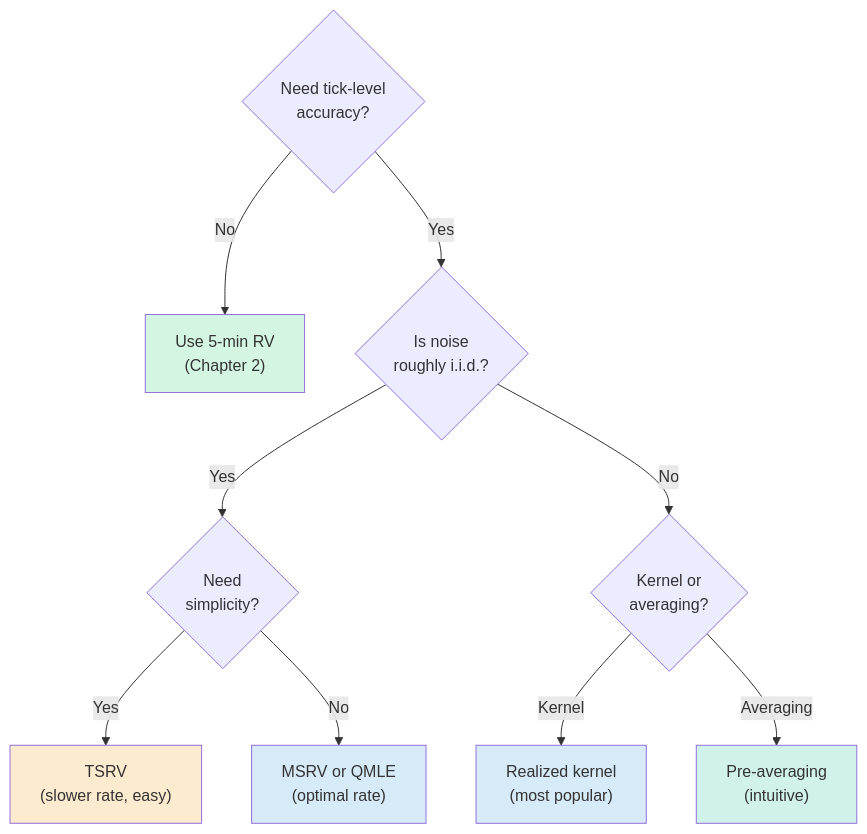
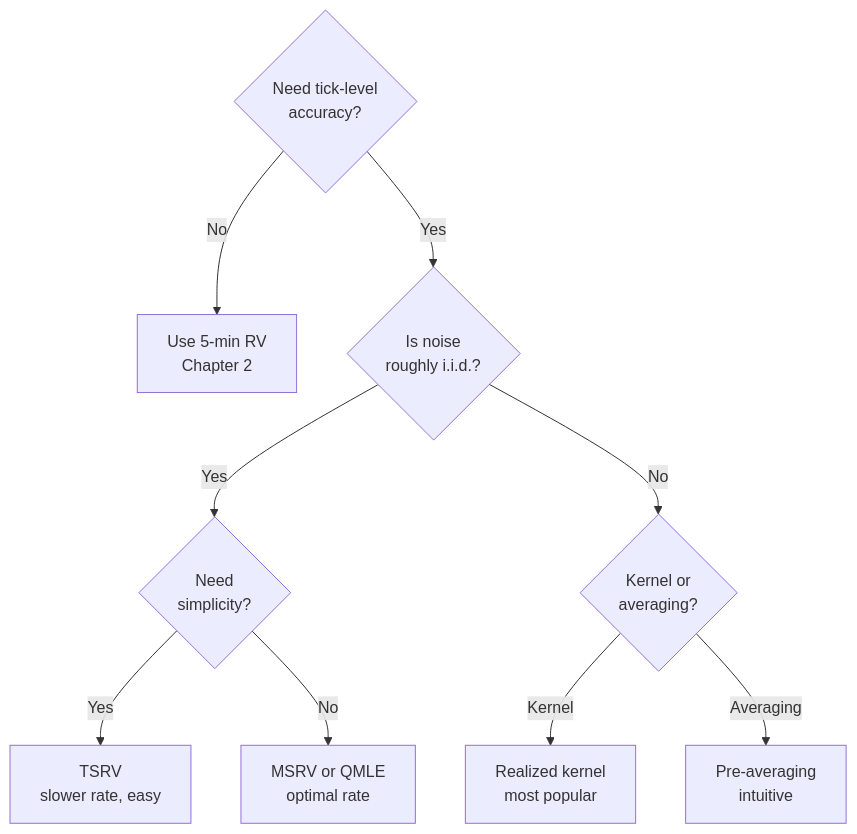
The diagram in vol-learning-guide/markdown/ch03-microstructure-noise.md (xRyann2255/ML-GS), drawn with Mermaid before and after one commit. The commit also changed other lines of this file and 19 other files, not shown here.

````diff
--- a/vol-learning-guide/markdown/ch03-microstructure-noise.md
+++ b/vol-learning-guide/markdown/ch03-microstructure-noise.md
@@ -441,27 +345,12 @@
 ```mermaid
 flowchart TD
-    q1{"Need tick-level<br/>accuracy?"}
-    fivemin["Use 5-min RV<br/>(Chapter 2)"]
-    q2{"Is noise<br/>roughly i.i.d.?"}
-    q3{"Need<br/>simplicity?"}
-    q4{"Kernel or<br/>averaging?"}
-    tsrv["TSRV<br/>(slower rate, easy)"]
-    msrv["MSRV or QMLE<br/>(optimal rate)"]
-    kernel["Realized kernel<br/>(most popular)"]
-    preavg["Pre-averaging<br/>(intuitive)"]
-
-    q1 -->|No| fivemin
-    q1 -->|Yes| q2
-    q2 -->|Yes| q3
-    q2 -->|No| q4
-    q3 -->|Yes| tsrv
-    q3 -->|No| msrv
-    q4 -->|Kernel| kernel
-    q4 -->|Averaging| preavg
-
-    style fivemin fill:#d5f5e3
-    style tsrv fill:#fdebd0
-    style msrv fill:#d6eaf8
-    style kernel fill:#d6eaf8
-    style preavg fill:#d1f2eb
+    q1{Need tick-level<br/>accuracy?}
+    q1 -- No --> fivemin[Use 5-min RV<br/>Chapter 2]
+    q1 -- Yes --> q2{Is noise<br/>roughly i.i.d.?}
+    q2 -- Yes --> q3{Need<br/>simplicity?}
+    q2 -- No --> q4{Kernel or<br/>averaging?}
+    q3 -- Yes --> tsrv[TSRV<br/>slower rate, easy]
+    q3 -- No --> msrv[MSRV or QMLE<br/>optimal rate]
+    q4 -- Kernel --> kernel[Realized kernel<br/>most popular]
+    q4 -- Averaging --> preavg[Pre-averaging<br/>intuitive]
 ```
````
